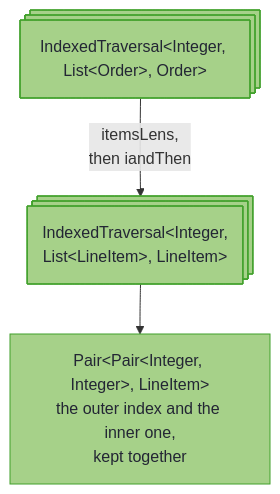
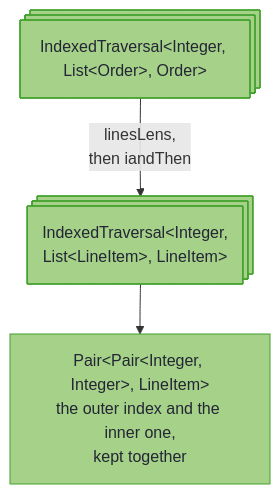
The diagram in hkj-book/src/optics/indexed_optics_advanced.md (higher-kinded-j/higher-kinded-j), drawn with Mermaid before and after one commit. The commit also changed other lines of this file and 122 other files, not shown here.

````diff
--- a/hkj-book/src/optics/indexed_optics_advanced.md
+++ b/hkj-book/src/optics/indexed_optics_advanced.md
@@ -22,14 +22,14 @@
 ```mermaid
 flowchart TD
     accTitle: Two indexed traversals composed
-    accDescr: An indexed traversal over a list of orders, composed through each order's items lens and then with iandThen onto an indexed traversal over a list of line items, focuses each LineItem paired with a Pair of the outer index and the inner one.
+    accDescr: An indexed traversal over a list of orders, composed through each order's lines lens and then with iandThen onto an indexed traversal over a list of line items, focuses each LineItem paired with a Pair of the outer index and the inner one.
     A@{ shape: st-rect, label: "IndexedTraversal&lt;Integer, List&lt;Order&gt;, Order&gt;" }
     B@{ shape: st-rect, label: "IndexedTraversal&lt;Integer,<br/>List&lt;LineItem&gt;, LineItem&gt;" }
     R["Pair&lt;Pair&lt;Integer, Integer&gt;, LineItem&gt;<br/>the outer index and the inner one,<br/>kept together"]
-    A -->|"itemsLens,<br/>then iandThen"| B --> R
+    A -->|"linesLens,<br/>then iandThen"| B --> R
 
     classDef rw fill:#a6d189,stroke:#40a02b,color:#232634
     classDef out fill:#a6d189,stroke:#40a02b,color:#232634
     class A,B rw
     class R out
 ```
````
